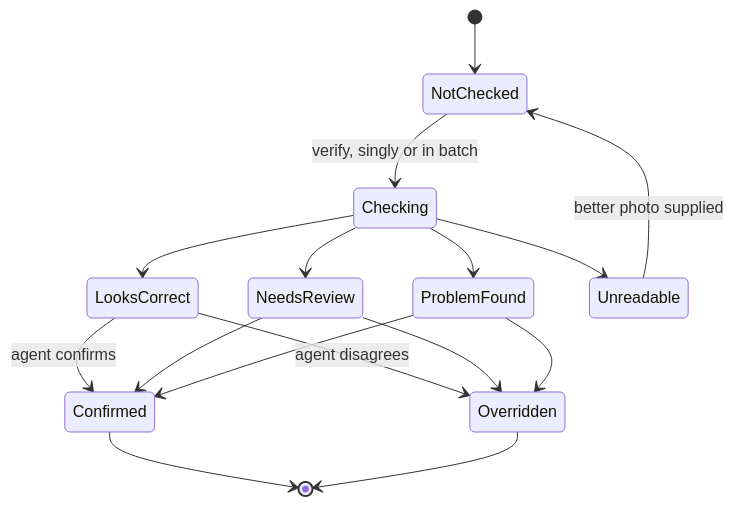
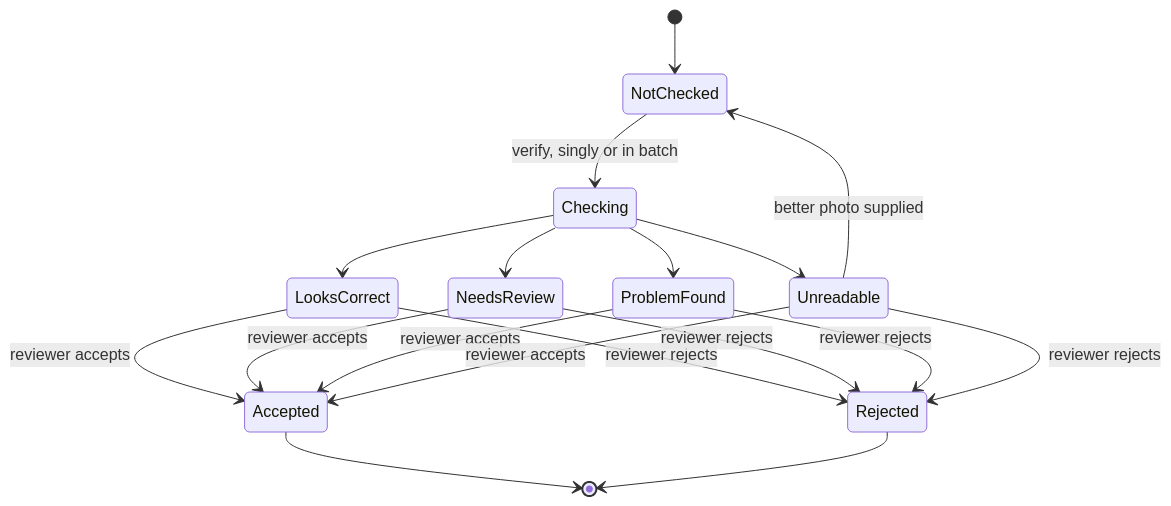
The fifth of 6 diagrams in docs/architecture.md (Jonathan1600/ai-powered-alcohol-label-verification-app), drawn with Mermaid before and after one commit. The commit also changed other lines of this file and 19 other files, not shown here.

Commit message:
Only two states after review, rejected or accepted.

````diff
--- a/docs/architecture.md
+++ b/docs/architecture.md
@@ -126,18 +126,20 @@
 ```mermaid
 stateDiagram-v2
     [*] --> NotChecked
     NotChecked --> Checking: verify, singly or in batch
     Checking --> LooksCorrect
     Checking --> NeedsReview
     Checking --> ProblemFound
     Checking --> Unreadable
     Unreadable --> NotChecked: better photo supplied
-    LooksCorrect --> Confirmed: agent confirms
-    NeedsReview --> Confirmed
-    ProblemFound --> Confirmed
-    LooksCorrect --> Overridden: agent disagrees
-    NeedsReview --> Overridden
-    ProblemFound --> Overridden
-    Confirmed --> [*]
-    Overridden --> [*]
+    LooksCorrect --> Accepted: reviewer accepts
+    NeedsReview --> Accepted: reviewer accepts
+    ProblemFound --> Accepted: reviewer accepts
+    Unreadable --> Accepted: reviewer accepts
+    LooksCorrect --> Rejected: reviewer rejects
+    NeedsReview --> Rejected: reviewer rejects
+    ProblemFound --> Rejected: reviewer rejects
+    Unreadable --> Rejected: reviewer rejects
+    Accepted --> [*]
+    Rejected --> [*]
 ```
````
